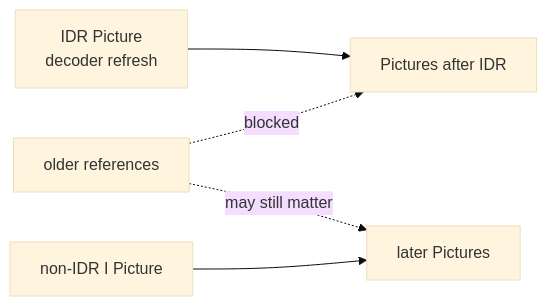
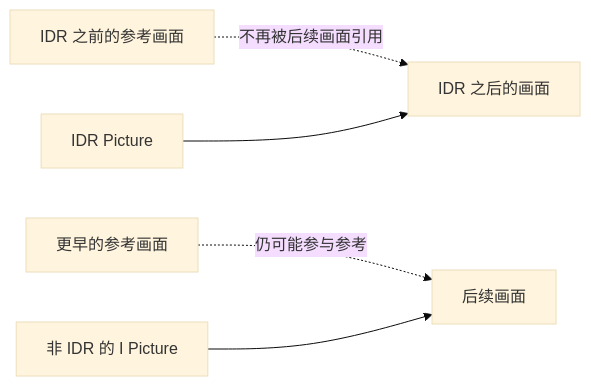
The third of 9 diagrams in src/content/tutorial/ffmpeg/08-H264-H265-Bitstream.md (flycodeu/FlyCodeCenter), drawn with Mermaid (base theme) before and after one commit. The commit also changed other lines of this file and 1 other file, not shown here.

````diff
--- a/src/content/tutorial/ffmpeg/08-H264-H265-Bitstream.md
+++ b/src/content/tutorial/ffmpeg/08-H264-H265-Bitstream.md
@@ -121,7 +139,14 @@
 ```mermaid
 flowchart LR
-  OLD[older references] -. blocked .-> NEW[Pictures after IDR]
-  IDR[IDR Picture<br/>decoder refresh] --> NEW
-  INTRA[non-IDR I Picture] --> LATER[later Pictures]
-  OLD -. may still matter .-> LATER
+  OLD[IDR 之前的参考画面]
+  IDR[IDR Picture]
+  NEW[IDR 之后的画面]
+  OLD -. 不再被后续画面引用 .-> NEW
+  IDR --> NEW
+
+  OLD2[更早的参考画面]
+  INTRA[非 IDR 的 I Picture]
+  LATER[后续画面]
+  OLD2 -. 仍可能参与参考 .-> LATER
+  INTRA --> LATER
 ```
````
